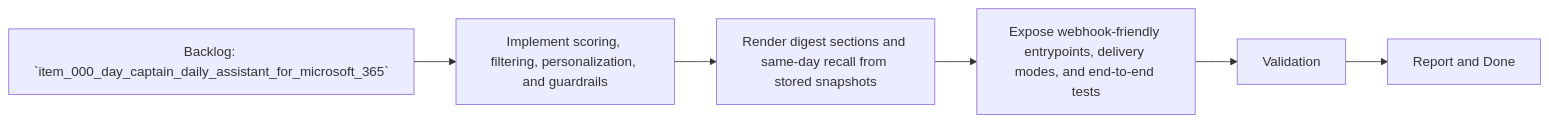
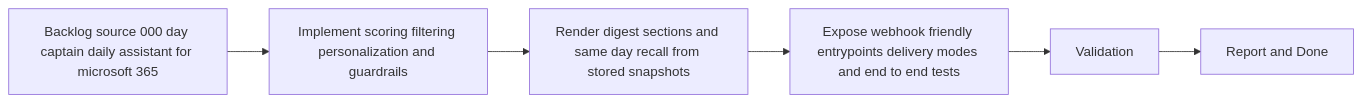
One commit to AlexAgo83/day-captain changed the diagram in logics/tasks/task_002_day_captain_digest_scoring_recall_and_delivery.md. Above: the diagram before and after it, drawn with Mermaid. The commit also changed 40 other files, not shown here.

Commit message:
Normalize Logics Mermaid diagrams

````diff
--- a/logics/tasks/task_002_day_captain_digest_scoring_recall_and_delivery.md
+++ b/logics/tasks/task_002_day_captain_digest_scoring_recall_and_delivery.md
@@ -19,8 +19,8 @@
 ```mermaid
 flowchart LR
-    Backlog[Backlog: `item_000_day_captain_daily_assistant_for_microsoft_365`] --> Step1[Implement scoring, filtering, personalization, and guardrails]
-    Step1 --> Step2[Render digest sections and same-day recall from stored snapshots]
-    Step2 --> Step3[Expose webhook-friendly entrypoints, delivery modes, and end-to-end tests]
+    Backlog[Backlog source 000 day captain daily assistant for microsoft 365] --> Step1[Implement scoring filtering personalization and guardrails]
+    Step1 --> Step2[Render digest sections and same day recall from stored snapshots]
+    Step2 --> Step3[Expose webhook friendly entrypoints delivery modes and end to end tests]
     Step3 --> Validation[Validation]
     Validation --> Report[Report and Done]
 ```
````
